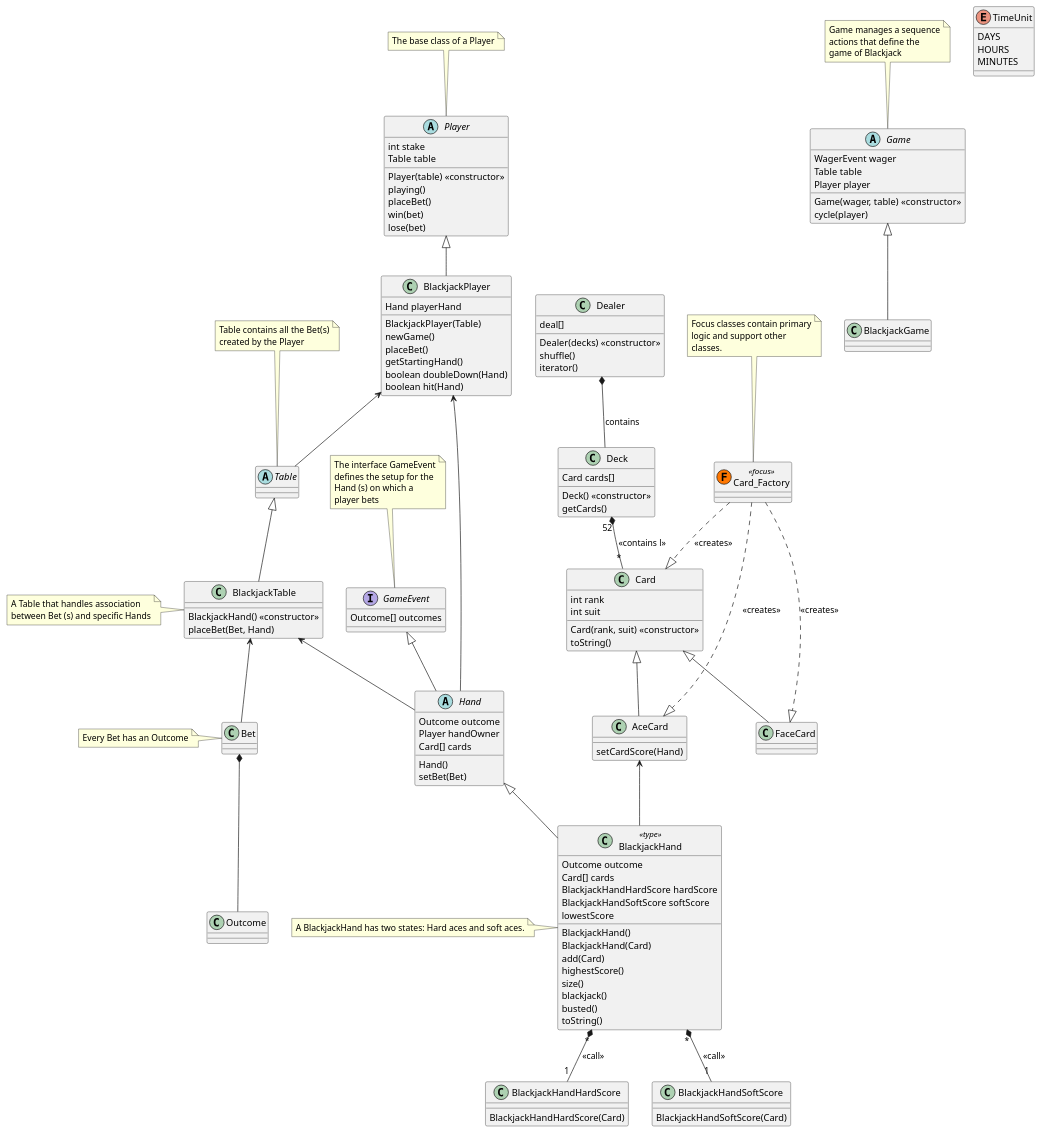
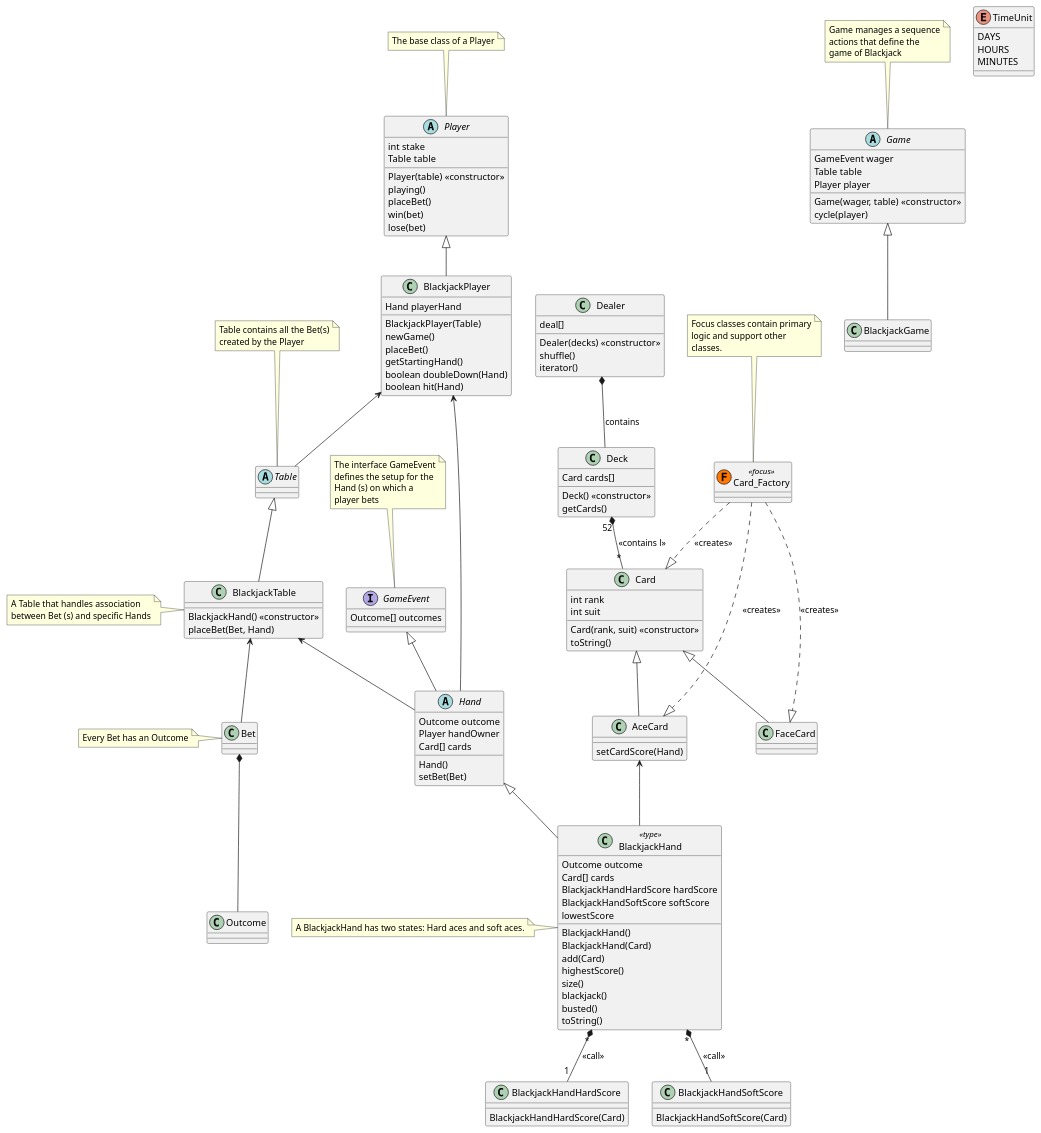
Before and after one commit to cs4398-projectgroup/cs4398-project: the diagram in doc/BlackjackClassDiagram.puml, drawn with PlantUML.

```diff
--- a/doc/BlackjackClassDiagram.puml
+++ b/doc/BlackjackClassDiagram.puml
@@ -1,175 +1,180 @@
 @startuml
 
 abstract class Player
 abstract class Game
 abstract class Table
 Interface GameEvent
 
 class Dealer
 
 class Bet
 class Outcome
 
 class Card
 class FaceCard
 class AceCard
 class Card_Factory << (F, #FF7700) focus >>
 
 class Deck
 
 abstract class Hand
 class BlackjackHand << type >>
 class BlackjackHandHardScore
 class BlackjackHandSoftScore
 
 class BlackjackTable
 
 class BlackjackPlayer
 
 class BlackjackGame
 
 Bet *-- Outcome
 
 Dealer *-- Deck : contains
 
 Card <|-- FaceCard
 Card <|-- AceCard
 Card_Factory ..|> FaceCard : << creates >>
 Card_Factory ..|> Card : << creates >>
 Card_Factory ..|> AceCard : << creates >>
 
 AceCard <-- BlackjackHand
 
 Deck "52" *-- "*" Card : << contains l>>
 
 BlackjackHand "*" *-- "1" BlackjackHandSoftScore : << call >>
 BlackjackHand "*" *-- "1" BlackjackHandHardScore : << call >>
 
 GameEvent <|-- Hand
 Hand <|-- BlackjackHand
 
 Table <|-- BlackjackTable
 BlackjackTable <-- Bet
 BlackjackTable <-- Hand
 
 Player <|-- BlackjackPlayer
 BlackjackPlayer <-- Table
 BlackjackPlayer <-- Hand
 
 Game <|-- BlackjackGame
 
+
 note left of BlackjackHand: A BlackjackHand has two states: Hard aces and soft aces.
 
 note left of BlackjackTable: A Table that handles association\nbetween Bet (s) and specific Hands
 
 note top of GameEvent : The interface GameEvent\ndefines the setup for the\nHand (s) on which a\nplayer bets
 note top of Player : The base class of a Player
 note top of Table : Table contains all the Bet(s)\ncreated by the Player
 note top of Game: Game manages a sequence\nactions that define the\ngame of Blackjack
 
 note left of Bet : Every Bet has an Outcome
 
 note top of Card_Factory : Focus classes contain primary\nlogic and support other\nclasses.
 
 abstract class Game {
-WagerEvent wager
+GameEvent wager
 Table table
 Player player
 Game(wager, table) «constructor»
 cycle(player)
 }
 
+class BlackjackGame {
+
+
+}
 
 abstract class Player {
 int stake
 Table table
 Player(table) «constructor»
 playing()
 placeBet()
 win(bet)
 lose(bet)
 }
 
 interface GameEvent {
 Outcome[] outcomes
 }
 
 class Card {
 int rank
 int suit
 Card(rank, suit) «constructor»
 toString()
 }
 
 class AceCard {
 setCardScore(Hand)
 }
 
 class Deck {
 Card cards[]
 Deck() «constructor»
 getCards()
 }
 
 class Dealer {
 deal[]
 Dealer(decks) «constructor»
 shuffle()
 iterator()
 }
 
 abstract class Hand {
 Outcome outcome
 Player handOwner
 Card[] cards
 Hand()
 setBet(Bet)
 }
 
 class BlackjackTable {
 BlackjackHand() «constructor»
 placeBet(Bet, Hand)
 }
 
 class BlackjackHand {
 Outcome outcome
 Card[] cards
 BlackjackHandHardScore hardScore
 BlackjackHandSoftScore softScore
 lowestScore
 BlackjackHand()
 BlackjackHand(Card)
 add(Card)
 highestScore()
 size()
 blackjack()
 busted()
 toString()
 }
 
 class BlackjackHandSoftScore {
 BlackjackHandSoftScore(Card)
 }
 
 class BlackjackHandHardScore {
 BlackjackHandHardScore(Card)
 }
 
 class BlackjackPlayer {
 Hand playerHand
 BlackjackPlayer(Table)
 newGame()
 placeBet()
 getStartingHand()
 boolean doubleDown(Hand)
 boolean hit(Hand)
 }
 
 
 enum TimeUnit {
 DAYS
 HOURS
 MINUTES
 }
 
 @enduml
```
